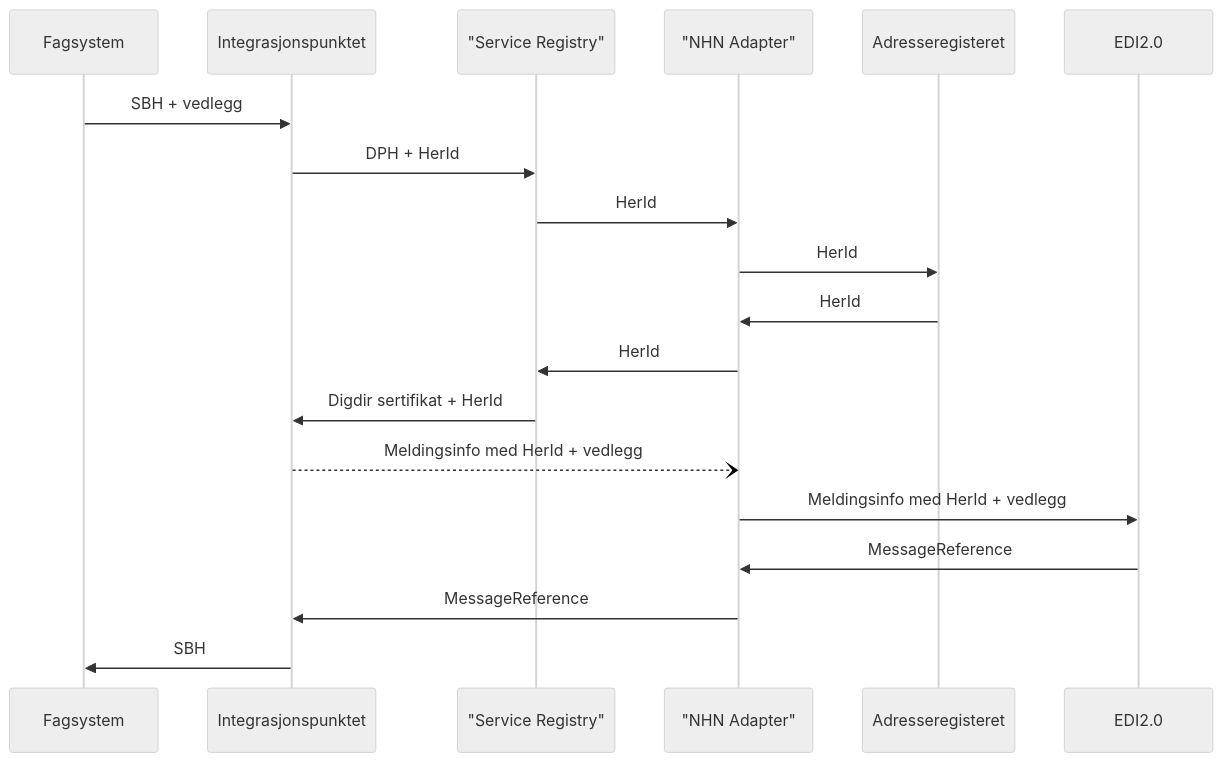
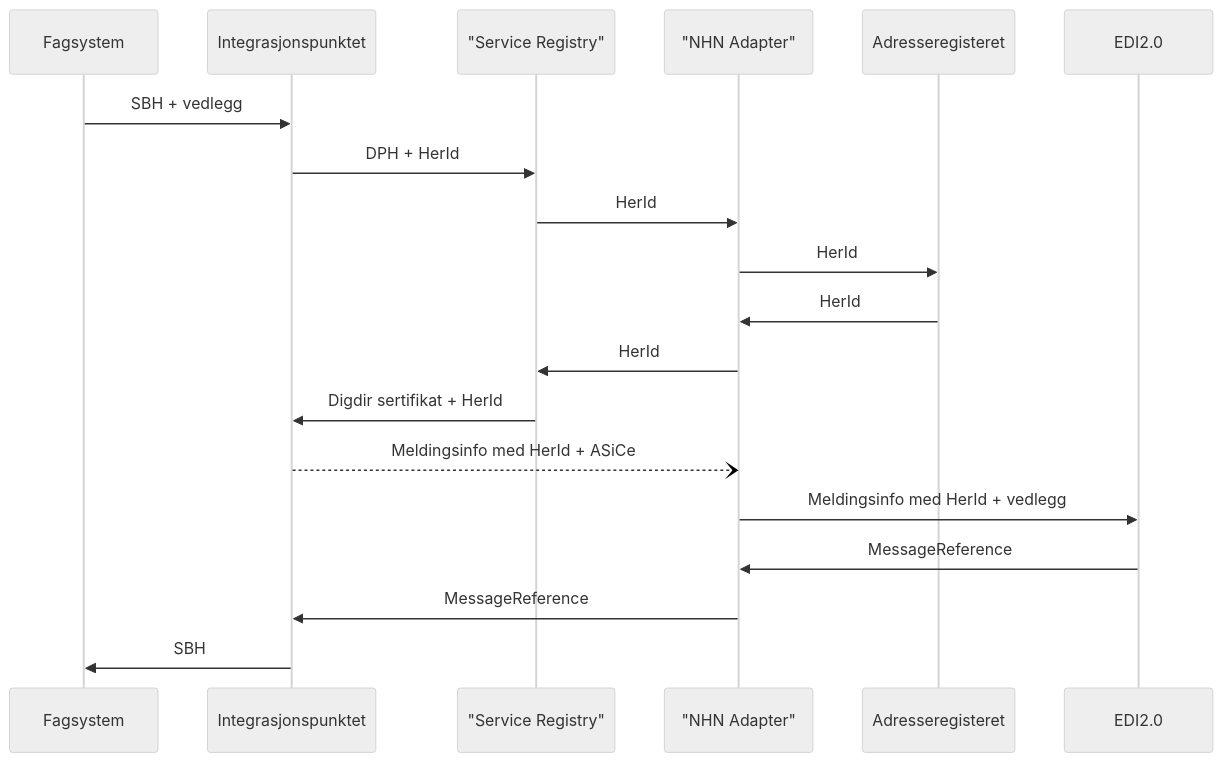
One commit to felleslosninger/efm-nhn-adapter changed the third of 4 diagrams in README.md. Above: the diagram before and after it, drawn with Mermaid (neutral theme). The commit also changed other lines of this file, not shown here.

Commit message:
MOVE-4957 Tilpasse meldingsflyten i NHN-adapter til eksisterande meldingstypar

````diff
--- a/README.md
+++ b/README.md
@@ -55,21 +103,21 @@
 ```mermaid
 sequenceDiagram
     participant Fagsystem
     participant Integrasjonspunktet
     participant "Service Registry"
     participant "NHN Adapter"
     participant Adresseregisteret
     participant EDI2.0
     Fagsystem ->> Integrasjonspunktet: SBH + vedlegg 
     Integrasjonspunktet ->> "Service Registry": DPH + HerId
     "Service Registry" ->> "NHN Adapter": HerId
     "NHN Adapter" ->> Adresseregisteret: HerId
     Adresseregisteret ->> "NHN Adapter": HerId
     "NHN Adapter" ->> "Service Registry": HerId
     "Service Registry" ->> Integrasjonspunktet: Digdir sertifikat + HerId
-    Integrasjonspunktet --) "NHN Adapter": Meldingsinfo med HerId + vedlegg
+    Integrasjonspunktet --) "NHN Adapter": Meldingsinfo med HerId + ASiCe
     "NHN Adapter" ->> EDI2.0: Meldingsinfo med HerId + vedlegg
     EDI2.0 ->> "NHN Adapter": MessageReference
     "NHN Adapter" ->> Integrasjonspunktet: MessageReference
     Integrasjonspunktet ->> Fagsystem: SBH
 ```
````
